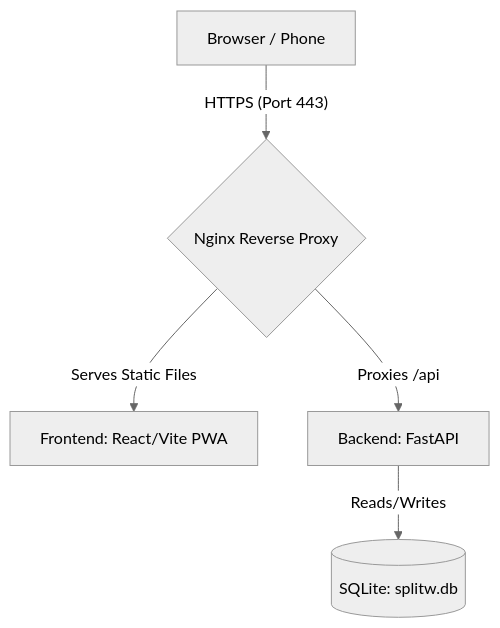
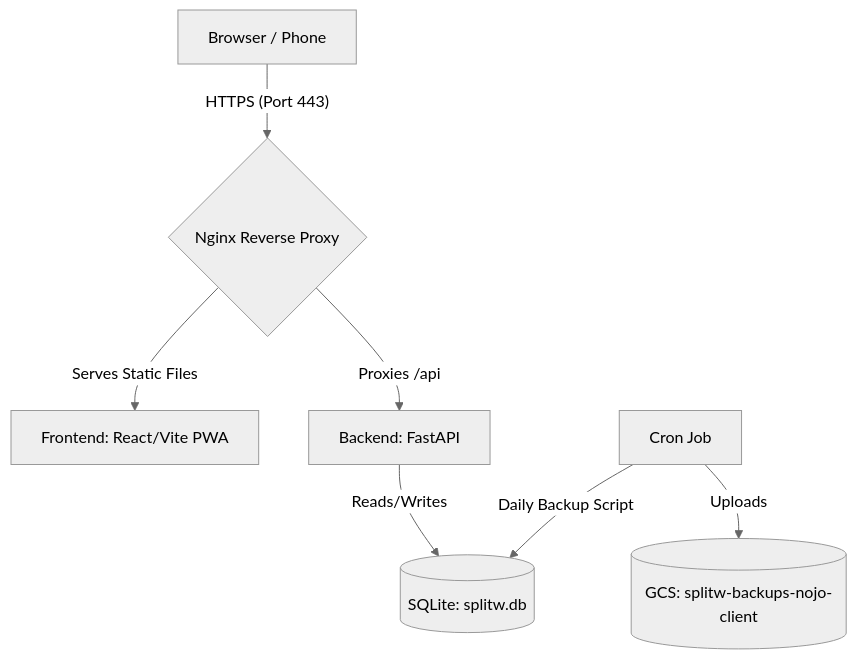
Before and after one commit to wnojopra/splitw: the diagram in DEPLOYMENT.md, drawn with Mermaid (neutral theme). The commit also changed other lines of this file and 1 other file, not shown here.

Commit message:
Add script for backups (#15)

````diff
--- a/DEPLOYMENT.md
+++ b/DEPLOYMENT.md
@@ -11,7 +11,9 @@
 ```mermaid
 graph TD
     Client[Browser / Phone] -- HTTPS (Port 443) --> Nginx{Nginx Reverse Proxy}
     Nginx -- Serves Static Files --> Frontend[Frontend: React/Vite PWA]
     Nginx -- Proxies /api --> Backend[Backend: FastAPI]
     Backend -- Reads/Writes --> DB[(SQLite: splitw.db)]
+    Cron[Cron Job] -- Daily Backup Script --> DB
+    Cron -- Uploads --> GCS[(GCS: splitw-backups-nojo-client)]
 ```
````
